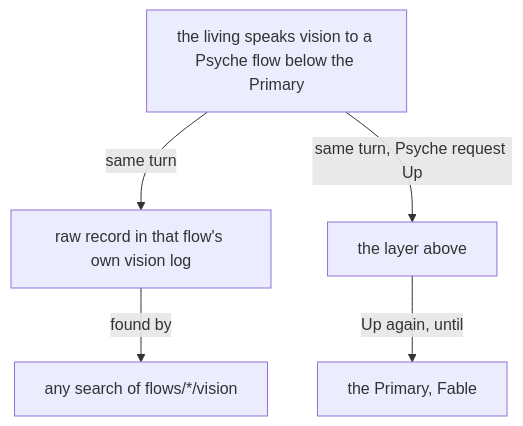
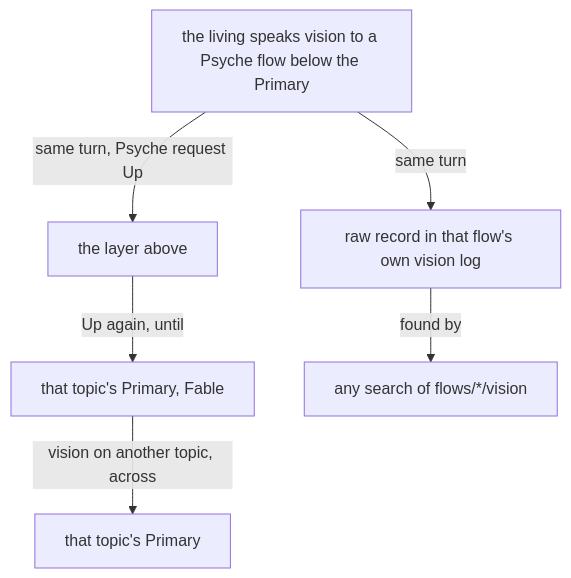
The diagram in flows/d3e24f/books/vision-reaches-fable.md (LiGoldragon/primary), drawn with Mermaid before and after one commit. The commit also changed other lines of this file, not shown here.

First line of the commit message:
flows/d3e24f: vision reaches Fable, the topic Primary line carried per d9065e's ruling, open question removed

````diff
--- a/flows/d3e24f/books/vision-reaches-fable.md
+++ b/flows/d3e24f/books/vision-reaches-fable.md
@@ -23,7 +25,8 @@
 ```mermaid
 flowchart TB
     a["the living speaks vision to a Psyche flow below the Primary"] -- "same turn" --> b["raw record in that flow's own vision log"]
     a -- "same turn, Psyche request Up" --> c["the layer above"]
-    c -- "Up again, until" --> d["the Primary, Fable"]
+    c -- "Up again, until" --> d["that topic's Primary, Fable"]
+    d -- "vision on another topic, across" --> g["that topic's Primary"]
     b -- "found by" --> e["any search of flows/*/vision"]
 ```
````
